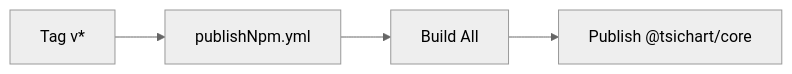
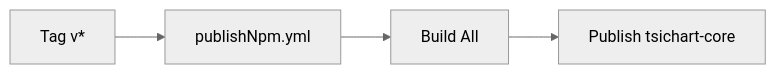
One commit to Aenas11/tsichart-core changed the second of 3 diagrams in .github/workflows/CICD_UPDATE.md. Above: the diagram before and after it, drawn with Mermaid (neutral theme). The commit also changed other lines of this file and 14 other files, not shown here.

Commit message:
docs: update all markdown files to use tsichart-core instead of @tsichart/core

````diff
--- a/.github/workflows/CICD_UPDATE.md
+++ b/.github/workflows/CICD_UPDATE.md
@@ -77,6 +77,6 @@
 ```mermaid
 graph LR
     A[Tag v*] --> B[publishNpm.yml]
     B --> C[Build All]
-    C --> D[Publish @tsichart/core]
+    C --> D[Publish tsichart-core]
 ```
````
